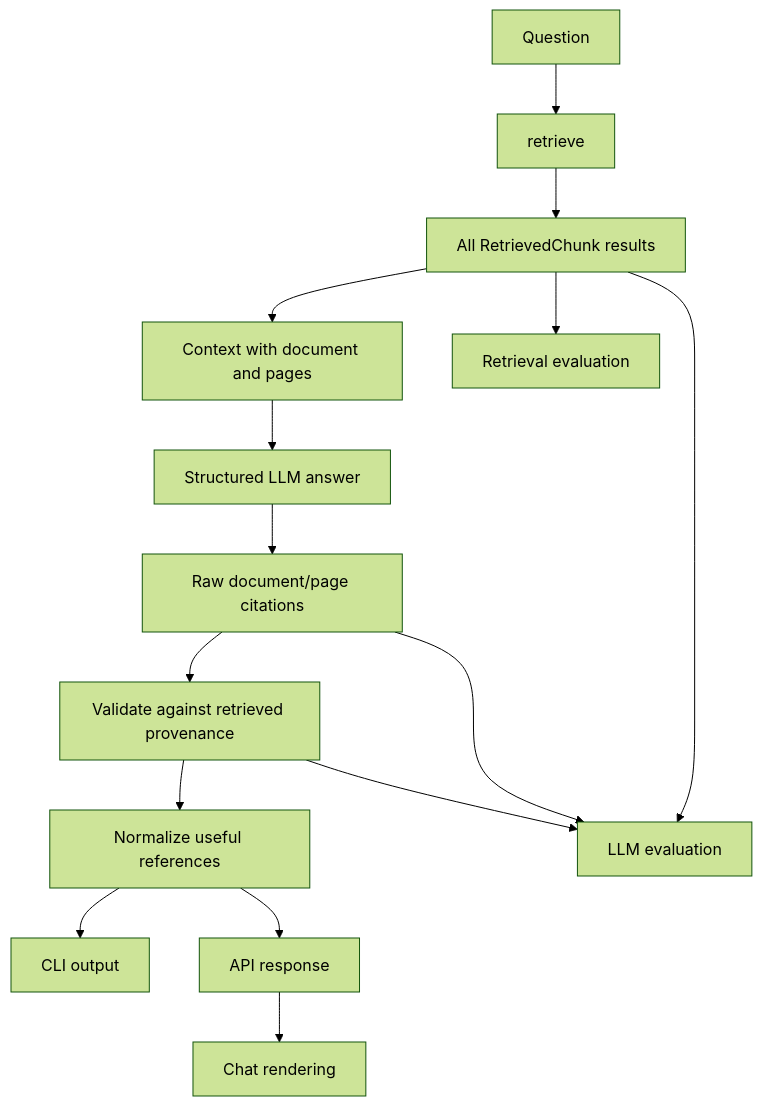
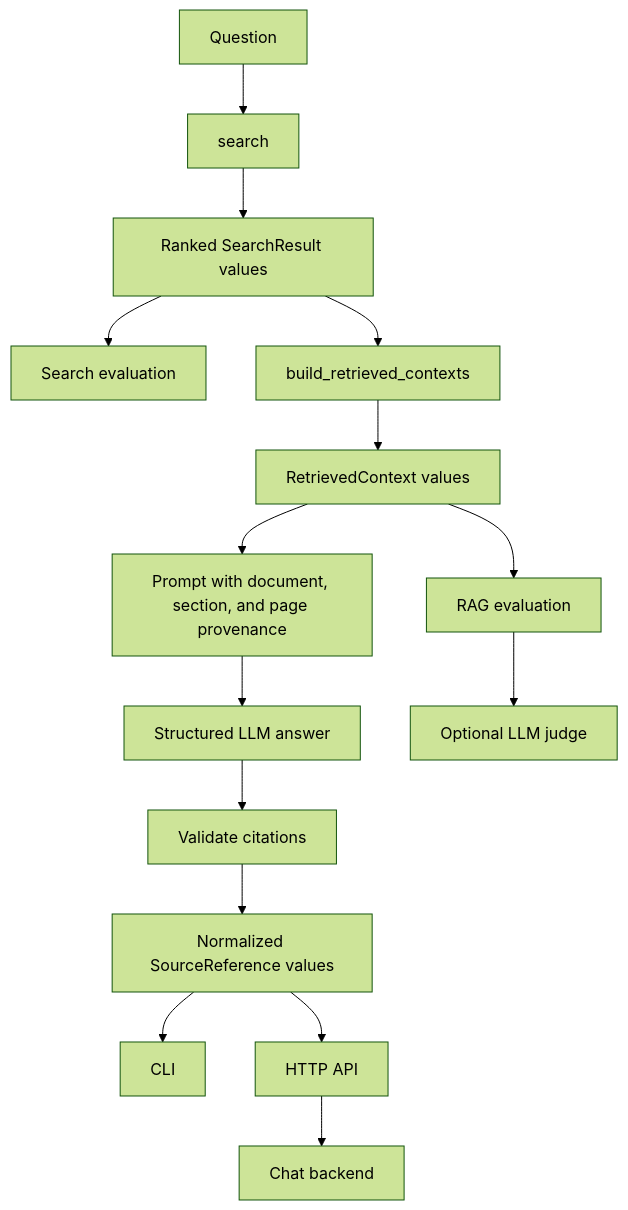
Before and after one commit to QuentinElGuay/portfolio-ai-tour-guide: the diagram in document-page-source-tracking-plan.md, drawn with Mermaid (forest theme). The commit also changed other lines of this file and 112 other files, not shown here.

````diff
--- a/document-page-source-tracking-plan.md
+++ b/document-page-source-tracking-plan.md
@@ -75,17 +16,17 @@
 ```mermaid
 flowchart TD
-    Q[Question] --> R[retrieve]
-    R --> RC[All RetrievedChunk results]
-    RC --> P[Context with document and pages]
+    Q[Question] --> S[search]
+    S --> SR[Ranked SearchResult values]
+    SR --> SE[Search evaluation]
+    SR --> RC[build_retrieved_contexts]
+    RC --> C[RetrievedContext values]
+    C --> P[Prompt with document, section, and page provenance]
     P --> L[Structured LLM answer]
-    L --> C[Raw document/page citations]
-    C --> V[Validate against retrieved provenance]
-    V --> N[Normalize useful references]
-    N --> CLI[CLI output]
-    N --> API[API response]
-    API --> CHAT[Chat rendering]
-    RC --> RE[Retrieval evaluation]
-    RC --> LE[LLM evaluation]
-    C --> LE
-    V --> LE
+    L --> V[Validate citations]
+    V --> R[Normalized SourceReference values]
+    R --> CLI[CLI]
+    R --> API[HTTP API]
+    API --> CHAT[Chat backend]
+    C --> RE[RAG evaluation]
+    RE --> J[Optional LLM judge]
 ```
````
